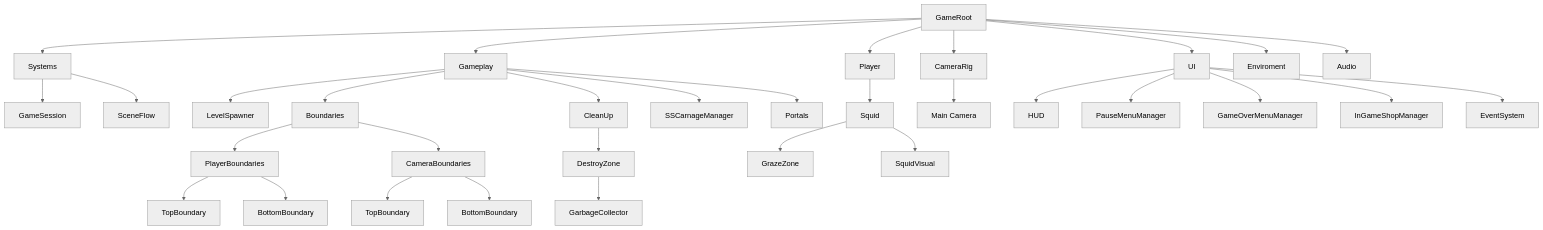
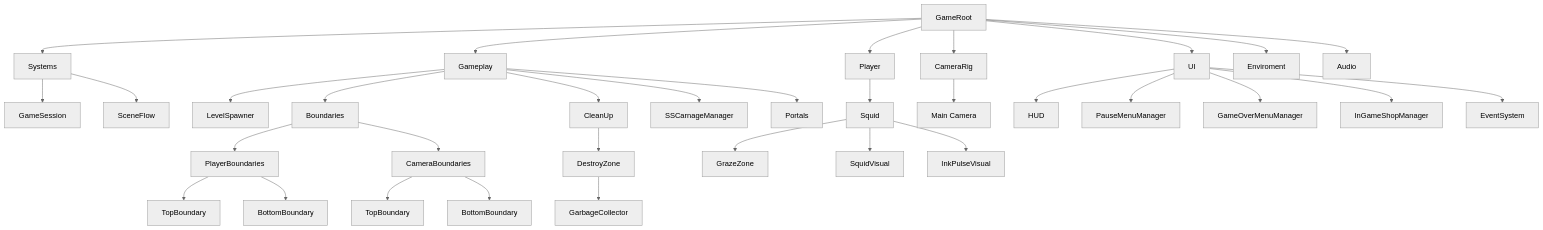
The first of 2 diagrams in Docs/ZonaEpipelagica.md (NicoCG32/Squid-Ink-Pulse-Public-Version), drawn with Mermaid (neutral theme) before and after one commit. The commit also changed other lines of this file and 438 other files, not shown here.

Commit message:
Animaciones - Ink-Pulse animado. - SSCarnage animado. - Preparación para hacer de player un prefab.

````diff
--- a/Docs/ZonaEpipelagica.md
+++ b/Docs/ZonaEpipelagica.md
@@ -9,41 +9,42 @@
 ```mermaid
 flowchart TD
     GameRoot[GameRoot]
 
     GameRoot --> Systems[Systems]
     GameRoot --> Gameplay[Gameplay]
     GameRoot --> Player[Player]
     GameRoot --> CameraRig[CameraRig]
     GameRoot --> UI[UI]
     GameRoot --> Enviroment[Enviroment]
     GameRoot --> Audio[Audio]
 
     Systems --> GameSession[GameSession]
     Systems --> SceneFlow[SceneFlow]
 
     Gameplay --> LevelSpawner[LevelSpawner]
     Gameplay --> Boundaries[Boundaries]
     Boundaries --> PlayerBoundaries[PlayerBoundaries]
     Boundaries --> CameraBoundaries[CameraBoundaries]
     PlayerBoundaries --> PlayerTop[TopBoundary]
     PlayerBoundaries --> PlayerBottom[BottomBoundary]
     CameraBoundaries --> CameraTop[TopBoundary]
     CameraBoundaries --> CameraBottom[BottomBoundary]
     Gameplay --> CleanUp[CleanUp]
     CleanUp --> DestroyZone[DestroyZone]
     DestroyZone --> GarbageCollector[GarbageCollector]
     Gameplay --> SSCarnageManager[SSCarnageManager]
     Gameplay --> Portals[Portals]
 
     Player --> Squid[Squid]
     Squid --> GrazeZone[GrazeZone]
     Squid --> SquidVisual[SquidVisual]
+    Squid --> InkPulseVisual[InkPulseVisual]
 
     CameraRig --> MainCamera[Main Camera]
 
     UI --> HUD[HUD]
     UI --> PauseMenu[PauseMenuManager]
     UI --> GameOverMenu[GameOverMenuManager]
     UI --> ShopMenu[InGameShopManager]
     UI --> EventSystem[EventSystem]
 ```
````
